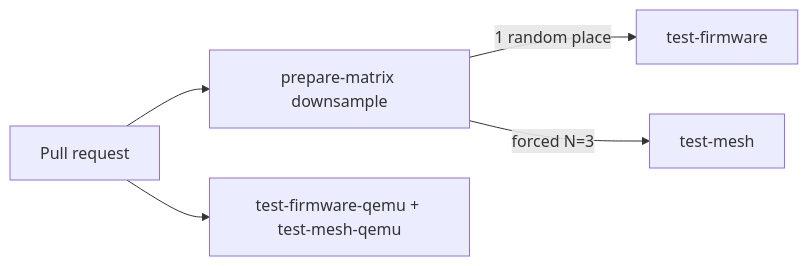
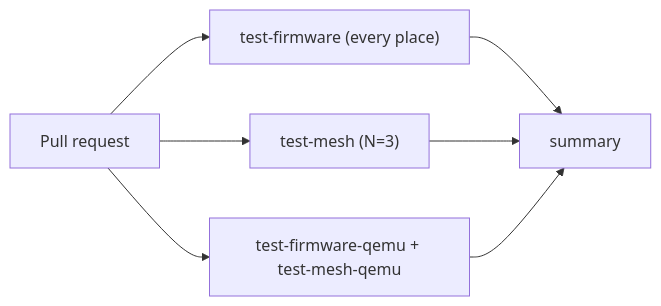
Before and after one commit to ccasanueva7/fcefyn_testbed_utils: the second of 3 diagrams in docs/diseno/lime-packages-test-flow.md, drawn with Mermaid. The commit also changed other lines of this file and 1 other file, not shown here.

````diff
--- a/docs/diseno/lime-packages-test-flow.md
+++ b/docs/diseno/lime-packages-test-flow.md
@@ -165,7 +164,9 @@
 ```mermaid
 flowchart LR
-  PR[Pull request] --> PM[prepare-matrix downsample]
-  PM -->|1 random place| TF[test-firmware]
-  PM -->|forced N=3| TM[test-mesh]
+  PR[Pull request] --> TF["test-firmware (every place)"]
+  PR --> TM["test-mesh (N=3)"]
   PR --> TQ[test-firmware-qemu + test-mesh-qemu]
+  TF --> S[summary]
+  TM --> S
+  TQ --> S
 ```
````
